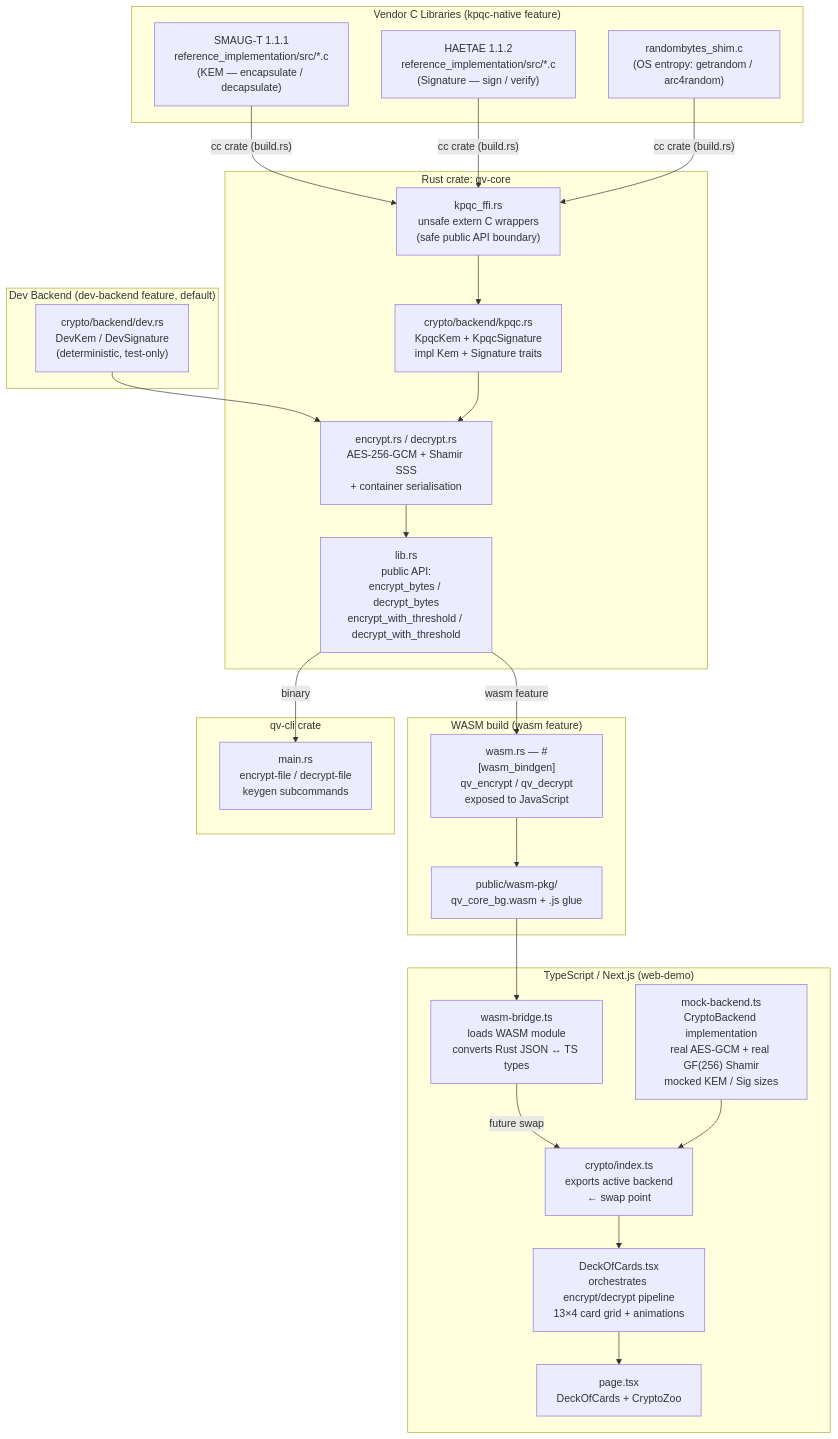
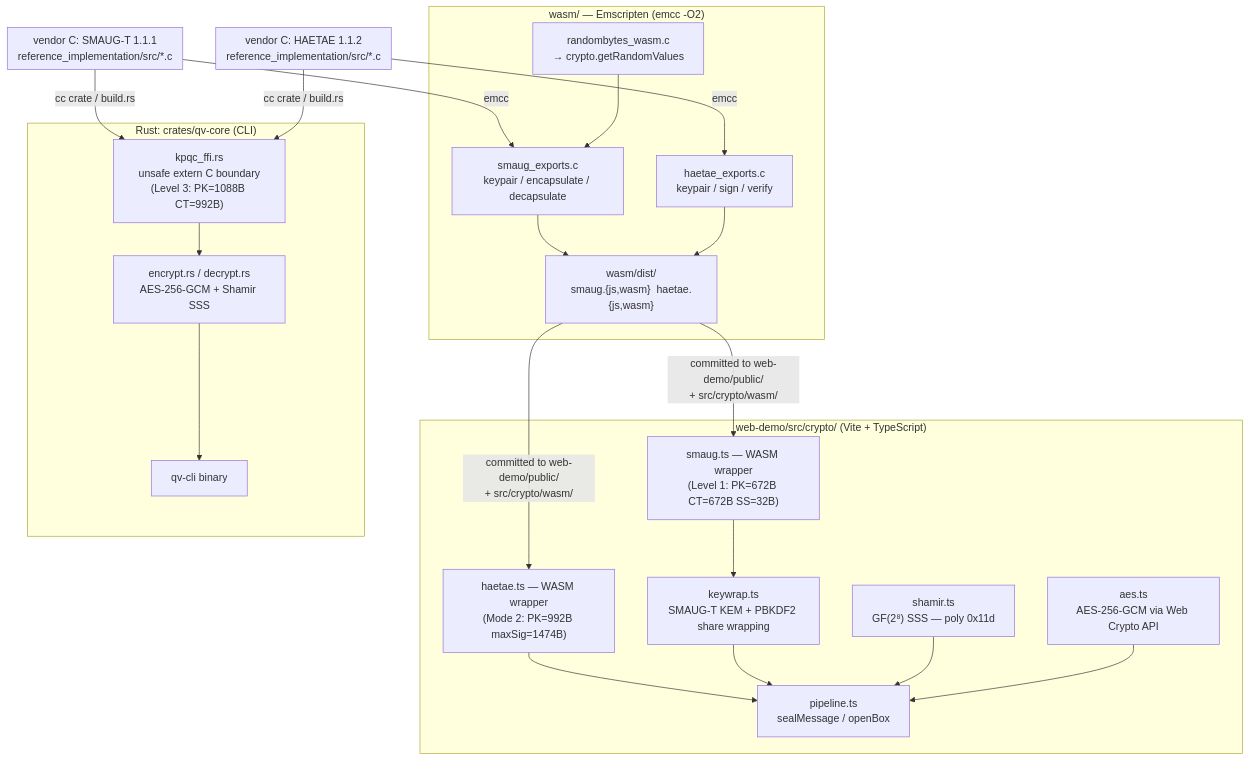
One commit to systemslibrarian/quantum-vault-kpqc changed the first of 2 diagrams in docs/ARCHITECTURE.md. Above: the diagram before and after it, drawn with Mermaid. The commit also changed other lines of this file and 5 other files, not shown here.

````diff
--- a/docs/ARCHITECTURE.md
+++ b/docs/ARCHITECTURE.md
@@ -11,50 +19,45 @@
 ```mermaid
 flowchart TD
-    subgraph C_LIBS["Vendor C Libraries (kpqc-native feature)"]
-        ST["SMAUG-T 1.1.1\nreference_implementation/src/*.c\n(KEM — encapsulate / decapsulate)"]
-        HT["HAETAE 1.1.2\nreference_implementation/src/*.c\n(Signature — sign / verify)"]
-        SH["randombytes_shim.c\n(OS entropy: getrandom / arc4random)"]
+    subgraph C_SMAUG["vendor C: SMAUG-T 1.1.1\nreference_implementation/src/*.c"]
+    end
+    subgraph C_HAETAE["vendor C: HAETAE 1.1.2\nreference_implementation/src/*.c"]
     end
 
-    subgraph RUST["Rust crate: qv-core"]
-        FFI["kpqc_ffi.rs\nunsafe extern C wrappers\n(safe public API boundary)"]
-        KEM["crypto/backend/kpqc.rs\nKpqcKem + KpqcSignature\nimpl Kem + Signature traits"]
-        CORE["encrypt.rs / decrypt.rs\nAES-256-GCM + Shamir SSS\n+ container serialisation"]
-        LIB["lib.rs\npublic API:\nencrypt_bytes / decrypt_bytes\nencrypt_with_threshold / decrypt_with_threshold"]
+    subgraph WASM_BUILD["wasm/ — Emscripten (emcc -O2)"]
+        RB["randombytes_wasm.c\n→ crypto.getRandomValues"]
+        SE["smaug_exports.c\nkeypair / encapsulate / decapsulate"]
+        HE["haetae_exports.c\nkeypair / sign / verify"]
+        DIST["wasm/dist/\nsmaug.{js,wasm}  haetae.{js,wasm}"]
     end
 
-    subgraph DEV_BACKEND["Dev Backend (dev-backend feature, default)"]
-        DEV["crypto/backend/dev.rs\nDevKem / DevSignature\n(deterministic, test-only)"]
+    subgraph WEB["web-demo/src/crypto/  (Vite + TypeScript)"]
+        SW["smaug.ts — WASM wrapper\n(Level 1: PK=672B CT=672B SS=32B)"]
+        HW["haetae.ts — WASM wrapper\n(Mode 2: PK=992B maxSig=1474B)"]
+        KW["keywrap.ts\nSMAUG-T KEM + PBKDF2 share wrapping"]
+        SH["shamir.ts\nGF(2⁸) SSS — poly 0x11d"]
+        AES["aes.ts\nAES-256-GCM via Web Crypto API"]
+        PL["pipeline.ts\nsealMessage / openBox"]
     end
 
-    subgraph WASM_BUILD["WASM build (wasm feature)"]
-        WASM["wasm.rs — #[wasm_bindgen]\nqv_encrypt / qv_decrypt\nexposed to JavaScript"]
-        PKG["public/wasm-pkg/\nqv_core_bg.wasm + .js glue"]
+    subgraph RUST["Rust: crates/qv-core  (CLI)"]
+        FFI["kpqc_ffi.rs\nunsafe extern C boundary\n(Level 3: PK=1088B CT=992B)"]
+        CORE["encrypt.rs / decrypt.rs\nAES-256-GCM + Shamir SSS"]
+        CLI["qv-cli binary"]
     end
 
-    subgraph CLI["qv-cli crate"]
-        MAIN["main.rs\nencrypt-file / decrypt-file\nkeygen subcommands"]
-    end
+    C_SMAUG -->|"emcc"| SE
+    C_HAETAE -->|"emcc"| HE
+    RB --> SE
+    SE & HE --> DIST
+    DIST -->|"committed to web-demo/public/\n+ src/crypto/wasm/"| SW & HW
+    SW --> KW
+    HW --> PL
+    KW --> PL
+    SH --> PL
+    AES --> PL
 
-    subgraph TSWEB["TypeScript / Next.js (web-demo)"]
-        BRIDGE["wasm-bridge.ts\nloads WASM module\nconverts Rust JSON ↔ TS types"]
-        MOCK["mock-backend.ts\nCryptoBackend implementation\nreal AES-GCM + real GF(256) Shamir\nmocked KEM / Sig sizes"]
-        IDX["crypto/index.ts\nexports active backend\n← swap point"]
-        DECK["DeckOfCards.tsx\norchestrates encrypt/decrypt pipeline\n13×4 card grid + animations"]
-        PAGE["page.tsx\nDeckOfCards + CryptoZoo"]
-    end
-
-    ST & HT & SH -->|"cc crate (build.rs)"| FFI
-    FFI --> KEM
-    DEV --> CORE
-    KEM --> CORE
-    CORE --> LIB
-    LIB -->|"wasm feature"| WASM
-    WASM --> PKG
-    PKG --> BRIDGE
-    LIB -->|"binary"| MAIN
-    BRIDGE -->|"future swap"| IDX
-    MOCK --> IDX
-    IDX --> DECK
-    DECK --> PAGE
+    C_SMAUG -->|"cc crate / build.rs"| FFI
+    C_HAETAE -->|"cc crate / build.rs"| FFI
+    FFI --> CORE
+    CORE --> CLI
 ```
````
